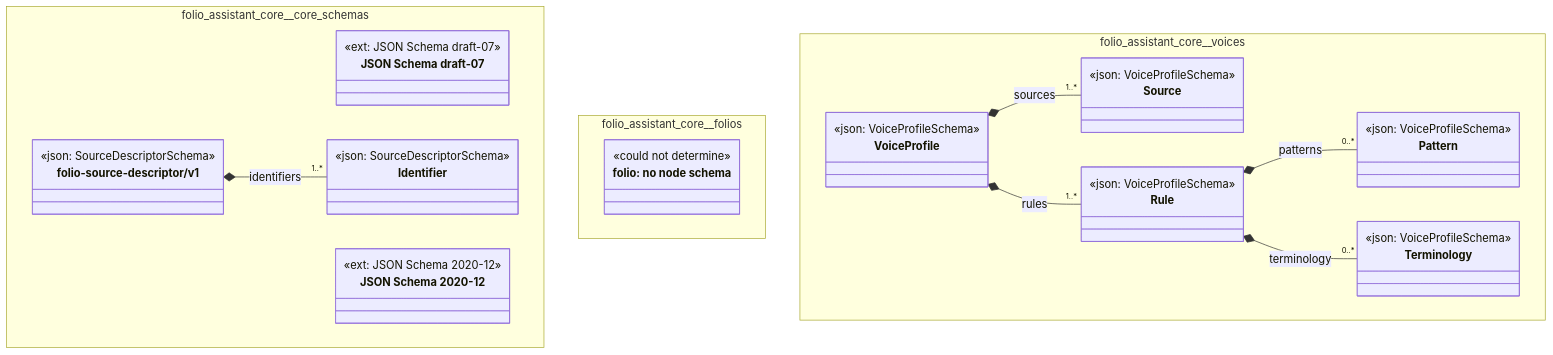
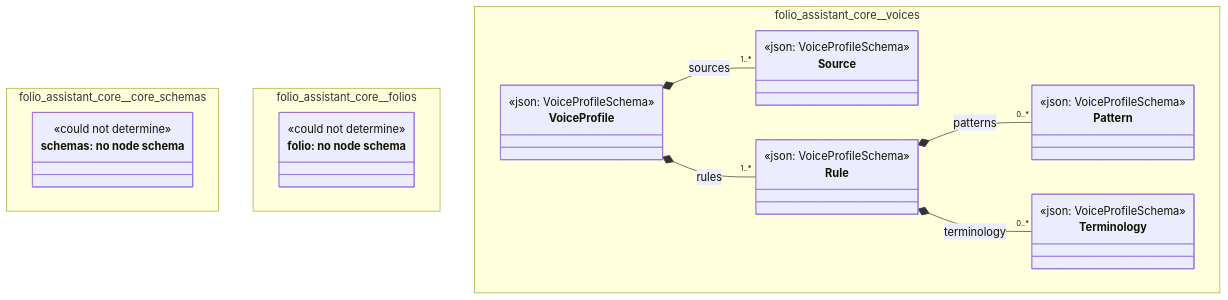
One commit to litlfred/folio-assistant changed the diagram in cat-harness/docs/uml/overview/folio-assistant-core.md. Above: the diagram before and after it, drawn with Mermaid. The commit also changed other lines of this file and 150 other files, not shown here.

First line of the commit message:
uml: draw only the $schema families a sub-graph actually holds

````diff
--- a/cat-harness/docs/uml/overview/folio-assistant-core.md
+++ b/cat-harness/docs/uml/overview/folio-assistant-core.md
@@ -12,56 +12,44 @@
 ```mermaid
 classDiagram
   direction TB
   namespace folio_assistant_core__core_schemas {
-    class folio_assistant_core_core_schemas_http___json_schema_org_draft_07_schema_["JSON Schema draft-07"] {
-      <<ext: JSON Schema draft-07>>
-    }
-    class folio_assistant_core_core_schemas_https___json_schema_org_draft_2020_12_schema["JSON Schema 2020-12"] {
-      <<ext: JSON Schema 2020-12>>
-    }
-    class folio_assistant_core_core_schemas_folio_source_descriptor_v1_Identifier["Identifier"] {
-      <<json: SourceDescriptorSchema>>
-    }
-    class folio_assistant_core_core_schemas_folio_source_descriptor_v1_folio_source_descriptor_v1["folio-source-descriptor/v1"] {
-      <<json: SourceDescriptorSchema>>
+    class n_folio_assistant_core_core_schemas_schemas["schemas: no node schema"] {
+      <<could not determine>>
     }
   }
   namespace folio_assistant_core__folios {
     class n_folio_assistant_core_folios_folio["folio: no node schema"] {
       <<could not determine>>
     }
   }
   namespace folio_assistant_core__voices {
     class folio_assistant_core_voices_Source["Source"] {
       <<json: VoiceProfileSchema>>
     }
     class folio_assistant_core_voices_Pattern["Pattern"] {
       <<json: VoiceProfileSchema>>
     }
     class folio_assistant_core_voices_Terminology["Terminology"] {
       <<json: VoiceProfileSchema>>
     }
     class folio_assistant_core_voices_Rule["Rule"] {
       <<json: VoiceProfileSchema>>
     }
     class folio_assistant_core_voices_VoiceProfile["VoiceProfile"] {
       <<json: VoiceProfileSchema>>
     }
   }
-  folio_assistant_core_core_schemas_folio_source_descriptor_v1_folio_source_descriptor_v1 *-- "1..*" folio_assistant_core_core_schemas_folio_source_descriptor_v1_Identifier : identifiers
-  cssClass "folio_assistant_core_core_schemas_http___json_schema_org_draft_07_schema_" fa_uml_kind_schemas
-  cssClass "folio_assistant_core_core_schemas_https___json_schema_org_draft_2020_12_schema" fa_uml_kind_schemas
-  cssClass "folio_assistant_core_core_schemas_folio_source_descriptor_v1_Identifier" fa_uml_kind_schemas
-  cssClass "folio_assistant_core_core_schemas_folio_source_descriptor_v1_folio_source_descriptor_v1" fa_uml_kind_schemas
+  cssClass "n_folio_assistant_core_core_schemas_schemas" fa_uml_kind_schemas
+  cssClass "n_folio_assistant_core_core_schemas_schemas" fa_uml_undetermined
   cssClass "n_folio_assistant_core_folios_folio" fa_uml_kind_folio
   cssClass "n_folio_assistant_core_folios_folio" fa_uml_undetermined
   folio_assistant_core_voices_VoiceProfile *-- "1..*" folio_assistant_core_voices_Source : sources
   folio_assistant_core_voices_Rule *-- "0..*" folio_assistant_core_voices_Pattern : patterns
   folio_assistant_core_voices_Rule *-- "0..*" folio_assistant_core_voices_Terminology : terminology
   folio_assistant_core_voices_VoiceProfile *-- "1..*" folio_assistant_core_voices_Rule : rules
   cssClass "folio_assistant_core_voices_Source" fa_uml_kind_voices
   cssClass "folio_assistant_core_voices_Pattern" fa_uml_kind_voices
   cssClass "folio_assistant_core_voices_Terminology" fa_uml_kind_voices
   cssClass "folio_assistant_core_voices_Rule" fa_uml_kind_voices
   cssClass "folio_assistant_core_voices_VoiceProfile" fa_uml_kind_voices
 ```
````
